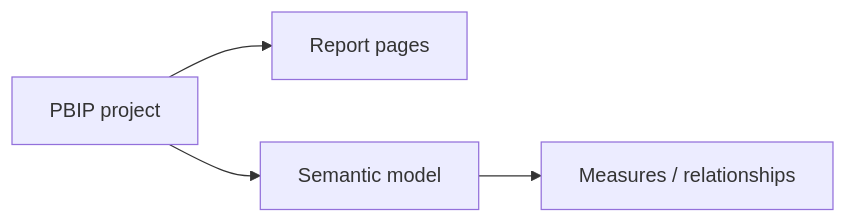
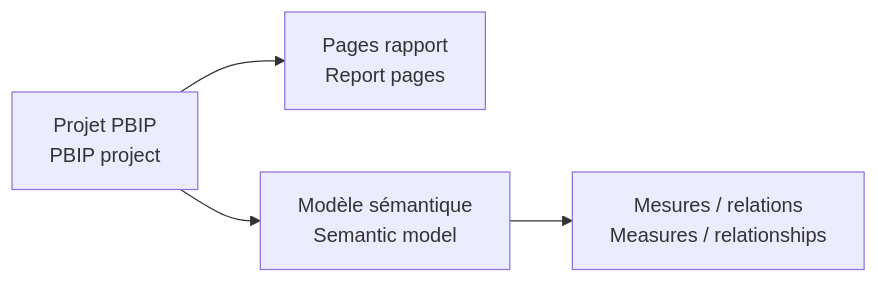
The diagram in powerbi-p2-consumables-financial-monitoring/dashboard/README.md (jeffersonkuku/powerbi-portfolio-projects), drawn with Mermaid before and after one commit. The commit also changed other lines of this file and 9 other files, not shown here.

````diff
--- a/powerbi-p2-consumables-financial-monitoring/dashboard/README.md
+++ b/powerbi-p2-consumables-financial-monitoring/dashboard/README.md
@@ -11,6 +8,6 @@
 ```mermaid
 flowchart LR
-    A[PBIP project] --> B[Report pages]
-    A --> C[Semantic model]
-    C --> D[Measures / relationships]
+    A[Projet PBIP<br/>PBIP project] --> B[Pages rapport<br/>Report pages]
+    A --> C[Modèle sémantique<br/>Semantic model]
+    C --> D[Mesures / relations<br/>Measures / relationships]
 ```
````
